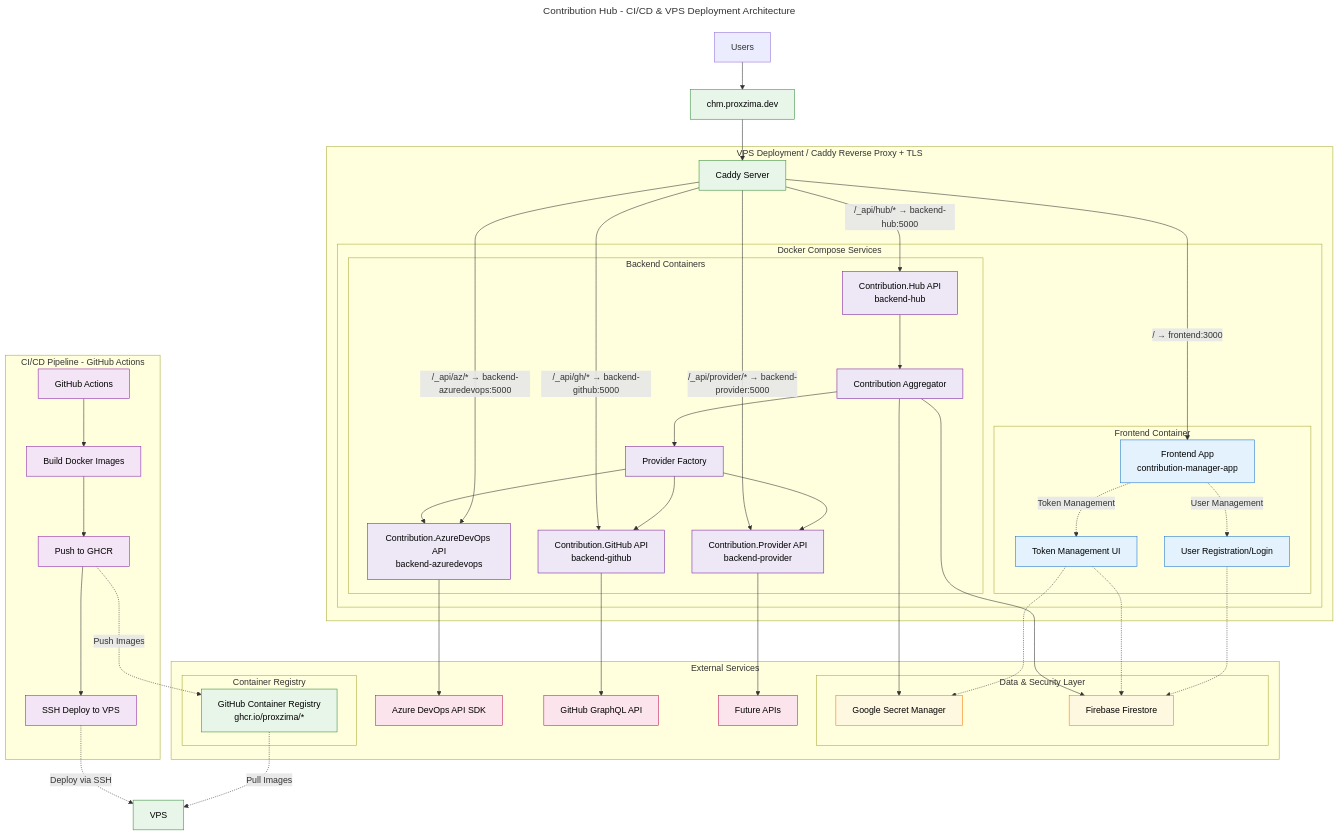
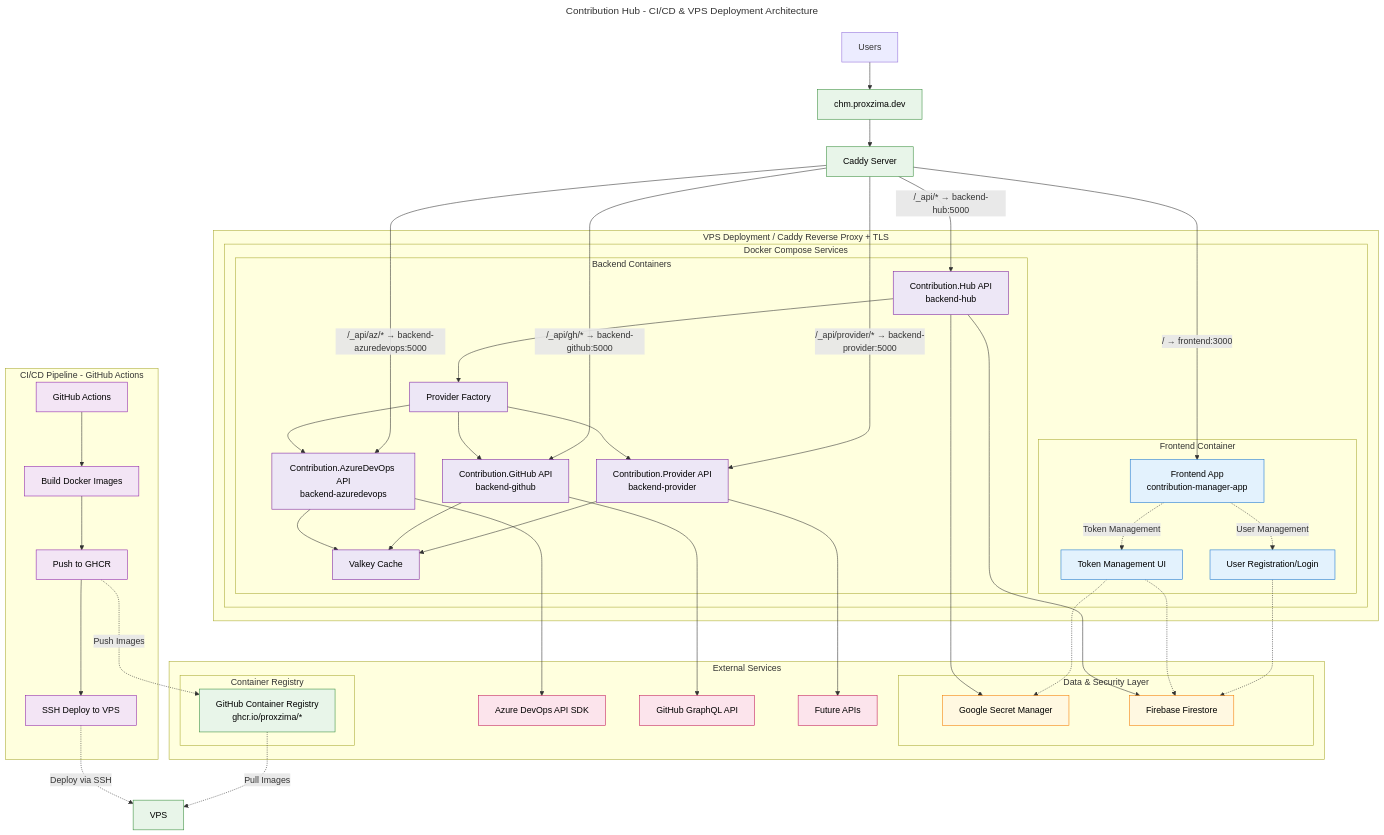
The diagram in README.md (PROxZIMA/ContributionAPI), drawn with Mermaid before and after one commit.

Commit message:
fix: Update architecture diagram to reflect backend service connections and caching integration

```diff
--- a/README.md
+++ b/README.md
@@ -106,33 +106,40 @@
 
     %% VPS Deployment Infrastructure
     subgraph "VPS Deployment / Caddy Reverse Proxy + TLS"
-        CR --> |"/_api/hub/* → backend-hub:5000"| B2
-        CR --> |"/ → frontend:3000"| FR
-        CR --> |"/_api/gh/* → backend-github:5000"| F
-        CR --> |"/_api/provider/* → backend-provider:5000"| G
         subgraph "Docker Compose Services"
-
             subgraph "Frontend Container"
                 FR[Frontend App<br/>contribution-manager-app]
                 FR -.-> |Token Management| J2[Token Management UI]
                 FR -.-> |User Management| J1[User Registration/Login]
             end
-            
             subgraph "Backend Containers"
-                B2[Contribution.Hub API<br/>backend-hub]
-                B2 --> C[Contribution Aggregator]
-                C --> D[Provider Factory]
+                C[Contribution.Hub API<br/>backend-hub]
+                D[Provider Factory]
                 E[Contribution.AzureDevOps API<br/>backend-azuredevops]
                 F[Contribution.GitHub API<br/>backend-github]
                 G[Contribution.Provider API<br/>backend-provider]
+                DB[Valkey Cache]
             end
         end
+    end
+    
+    %% External APIs
+    E ---> K1
+    F ---> K2
+    G ---> K3
 
-        D --> E
-        D --> F
-        D --> G
-        CR --> |"/_api/az/* → backend-azuredevops:5000"| E
-    end
+    C --> D
+    D --> E
+    D --> F
+    D --> G
+    CR --> |"/_api/az/* → backend-azuredevops:5000"| E
+    CR --> |"/_api/gh/* → backend-github:5000"| F
+    CR --> |"/_api/provider/* → backend-provider:5000"| G
+    CR --> |"/_api/* → backend-hub:5000"| C
+    CR --> |"/ → frontend:3000"| FR
+    E --> DB
+    F --> DB
+    G --> DB
     
     %% Data Access
     C --> I
@@ -143,16 +150,11 @@
     J2 -.-> H
     J1 -.-> H[Firebase Firestore]
     
-    %% External APIs
-    E --> K2[Azure DevOps API SDK]
-    F --> K1[GitHub GraphQL API]
-    G --> K3[Future APIs]
-    
     %% External Services
     subgraph "External Services"
-        K1
-        K2
-        K3
+        K1[Azure DevOps API SDK]
+        K2[GitHub GraphQL API]
+        K3[Future APIs]
         subgraph "Data & Security Layer"
             H
             I
@@ -171,7 +173,7 @@
     classDef cicd fill:#f3e5f5,stroke:#8e24aa,color:#000
     
     class FR,J1,J2 frontend
-    class B2,C,D,F,E,G api
+    class B2,C,D,F,E,G,DB api
     class CD,CR,VPS,GHCR infrastructure
     class H,I data
     class K1,K2,K3 external
```
